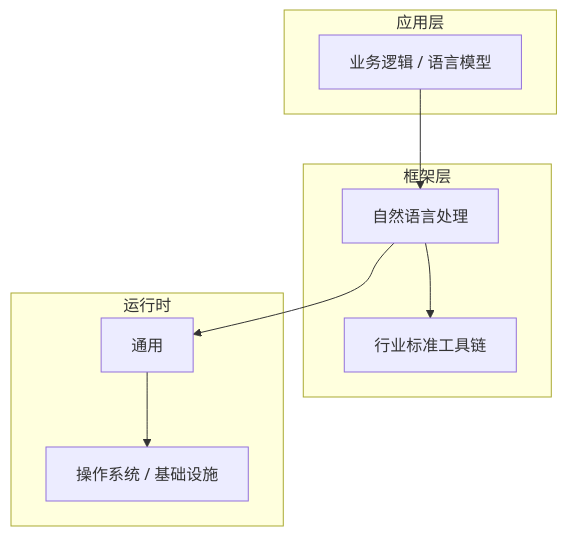
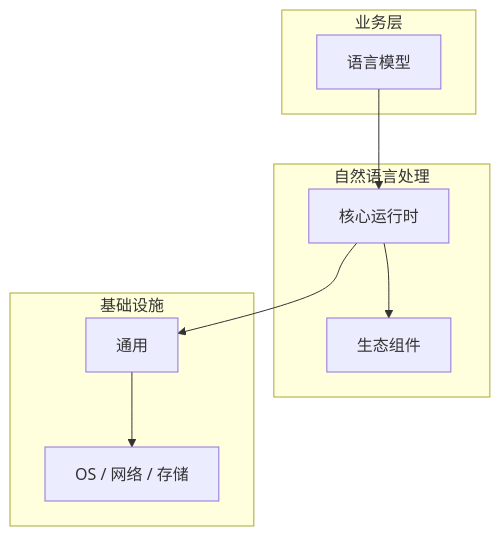
Before and after one commit to yanggan2015/knowledge-json-v2: the diagram in articles/自然语言处理/chapters/036-语言模型核心概念与原理.md, drawn with Mermaid. The commit also changed other lines of this file and 10127 other files, not shown here.

````diff
--- a/articles/自然语言处理/chapters/036-语言模型核心概念与原理.md
+++ b/articles/自然语言处理/chapters/036-语言模型核心概念与原理.md
@@ -45,18 +30,18 @@
 ```mermaid
 graph TB
-    subgraph 应用层
-        A[业务逻辑 / 语言模型]
+    subgraph 业务层
+        A[语言模型]
     end
-    subgraph 框架层
-        B[自然语言处理]
-        C[行业标准工具链]
+    subgraph 自然语言处理
+        B[核心运行时]
+        C[生态组件]
     end
-    subgraph 运行时
+    subgraph 基础设施
         D[通用]
-        E[操作系统 / 基础设施]
+        E[OS / 网络 / 存储]
     end
     A --> B
     B --> C
     B --> D
     D --> E
 ```
````
